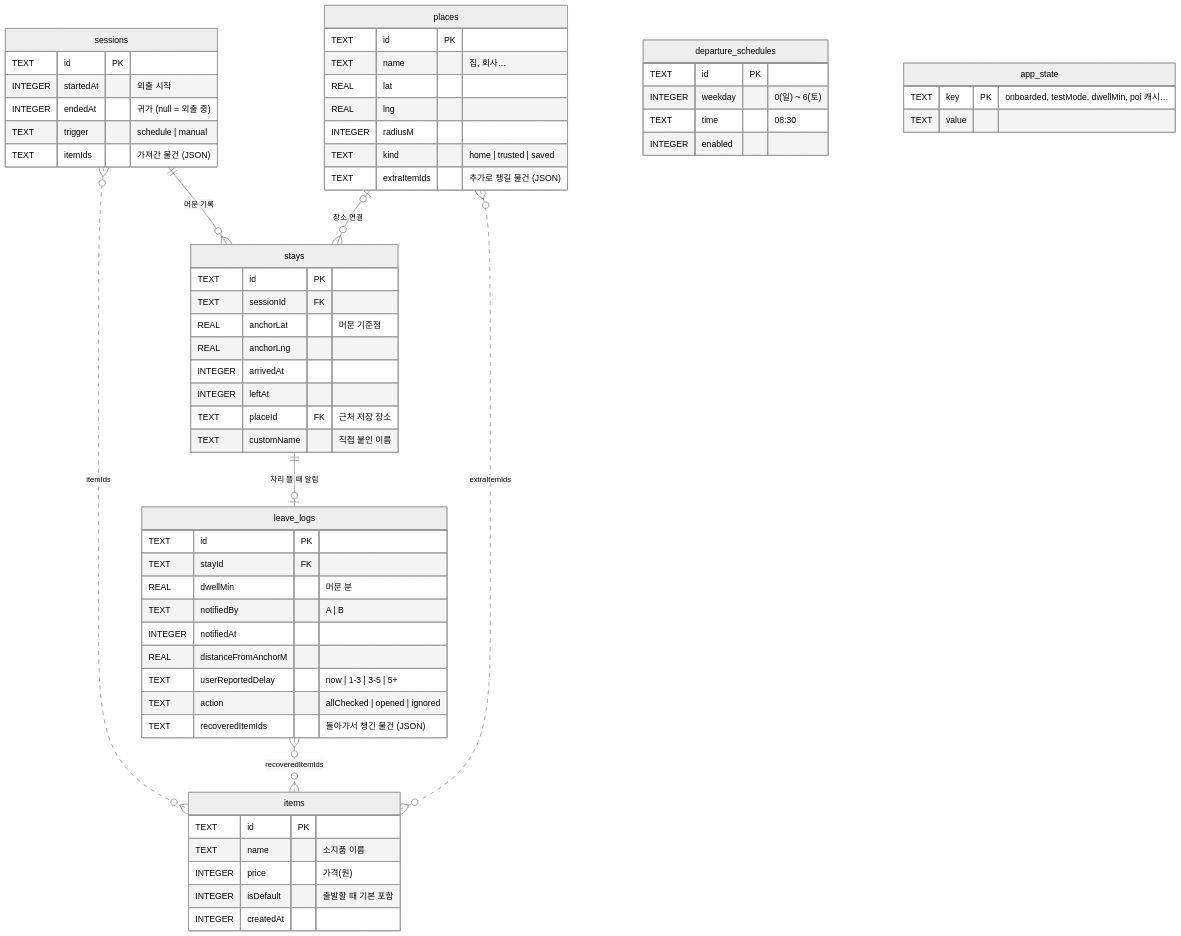
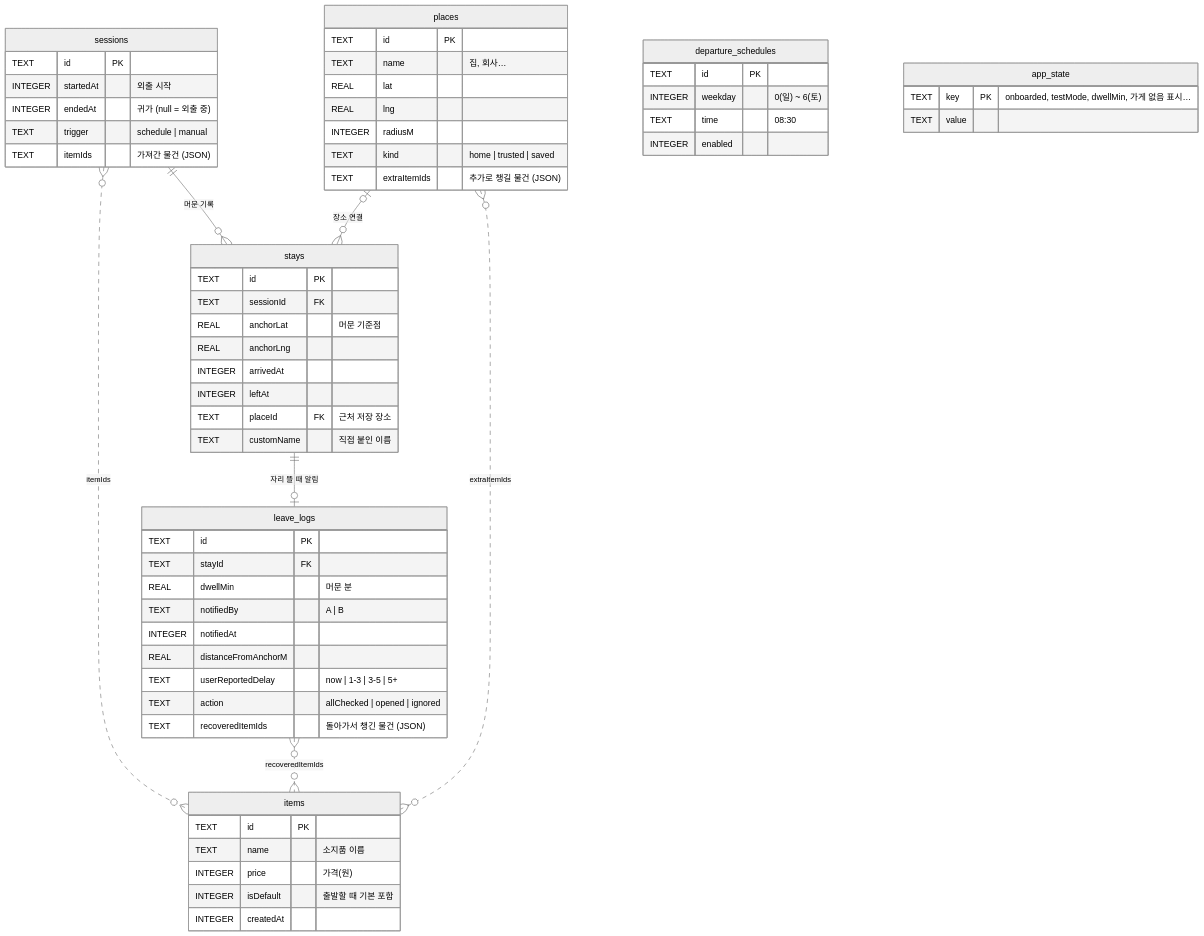
One commit to GSMYunsung/chaengkim changed the first of 3 diagrams in README.md. Above: the diagram before and after it, drawn with Mermaid (neutral theme). The commit also changed other lines of this file and 5 other files, not shown here.

````diff
--- a/README.md
+++ b/README.md
@@ -7,64 +148,64 @@
 ```mermaid
 erDiagram
     items {
         TEXT id PK
         TEXT name "소지품 이름"
         INTEGER price "가격(원)"
         INTEGER isDefault "출발할 때 기본 포함"
         INTEGER createdAt
     }
     sessions {
         TEXT id PK
         INTEGER startedAt "외출 시작"
         INTEGER endedAt "귀가 (null = 외출 중)"
         TEXT trigger "schedule | manual"
         TEXT itemIds "가져간 물건 (JSON)"
     }
     stays {
         TEXT id PK
         TEXT sessionId FK
         REAL anchorLat "머문 기준점"
         REAL anchorLng
         INTEGER arrivedAt
         INTEGER leftAt
         TEXT placeId FK "근처 저장 장소"
         TEXT customName "직접 붙인 이름"
     }
     leave_logs {
         TEXT id PK
         TEXT stayId FK
         REAL dwellMin "머문 분"
         TEXT notifiedBy "A | B"
         INTEGER notifiedAt
         REAL distanceFromAnchorM
         TEXT userReportedDelay "now | 1-3 | 3-5 | 5+"
         TEXT action "allChecked | opened | ignored"
         TEXT recoveredItemIds "돌아가서 챙긴 물건 (JSON)"
     }
     places {
         TEXT id PK
         TEXT name "집, 회사…"
         REAL lat
         REAL lng
         INTEGER radiusM
         TEXT kind "home | trusted | saved"
         TEXT extraItemIds "추가로 챙길 물건 (JSON)"
     }
     departure_schedules {
         TEXT id PK
         INTEGER weekday "0(일) ~ 6(토)"
         TEXT time "08:30"
         INTEGER enabled
     }
     app_state {
-        TEXT key PK "onboarded, testMode, dwellMin, poi 캐시…"
+        TEXT key PK "onboarded, testMode, dwellMin, 가게 없음 표시…"
         TEXT value
     }
 
     sessions ||--o{ stays : "머문 기록"
     stays ||--o| leave_logs : "자리 뜰 때 알림"
     places |o--o{ stays : "장소 연결"
     sessions }o..o{ items : "itemIds"
     leave_logs }o..o{ items : "recoveredItemIds"
     places }o..o{ items : "extraItemIds"
 ```
````
